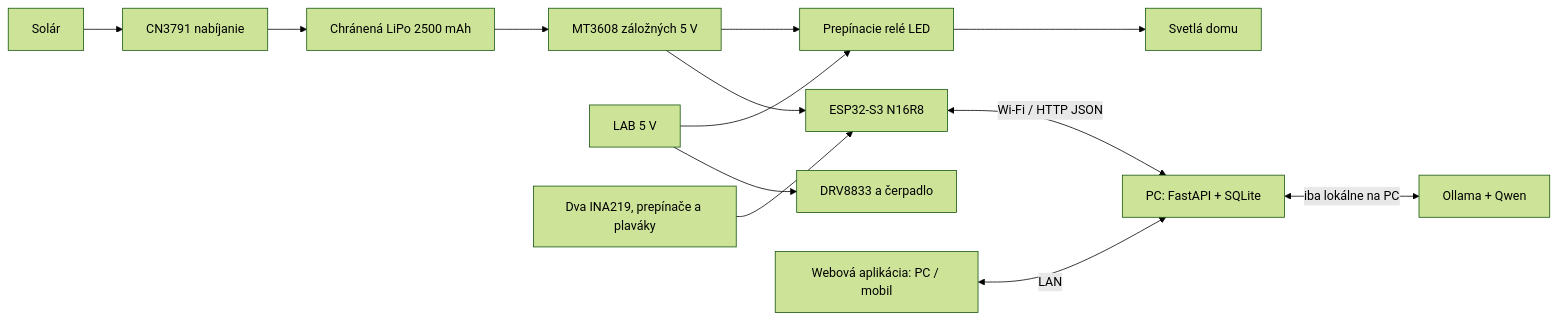
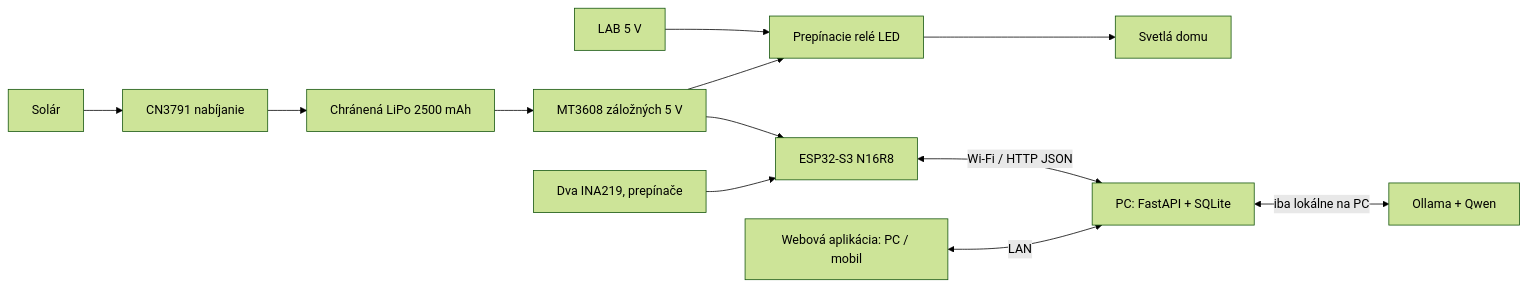
The diagram in docs/AKO-TO-FUNGUJE.md (matejzm2019/SOC), drawn with Mermaid (forest theme) before and after one commit. The commit also changed other lines of this file and 54 other files, not shown here.

````diff
--- a/docs/AKO-TO-FUNGUJE.md
+++ b/docs/AKO-TO-FUNGUJE.md
@@ -7,15 +7,14 @@
 ```mermaid
 flowchart LR
  P[Solár] --> C[CN3791 nabíjanie]
  C --> B[Chránená LiPo 2500 mAh]
  B --> M[MT3608 záložných 5 V]
  L[LAB 5 V] --> R[Prepínacie relé LED]
  M --> R
  R --> LED[Svetlá domu]
  M --> E[ESP32-S3 N16R8]
- L --> D[DRV8833 a čerpadlo]
- I[Dva INA219, prepínače a plaváky] --> E
+ I[Dva INA219, prepínače] --> E
  E <-->|Wi-Fi / HTTP JSON| S[PC: FastAPI + SQLite]
  S <-->|iba lokálne na PC| AI[Ollama + Qwen]
  WEB[Webová aplikácia: PC / mobil] <-->|LAN| S
 ```
````
